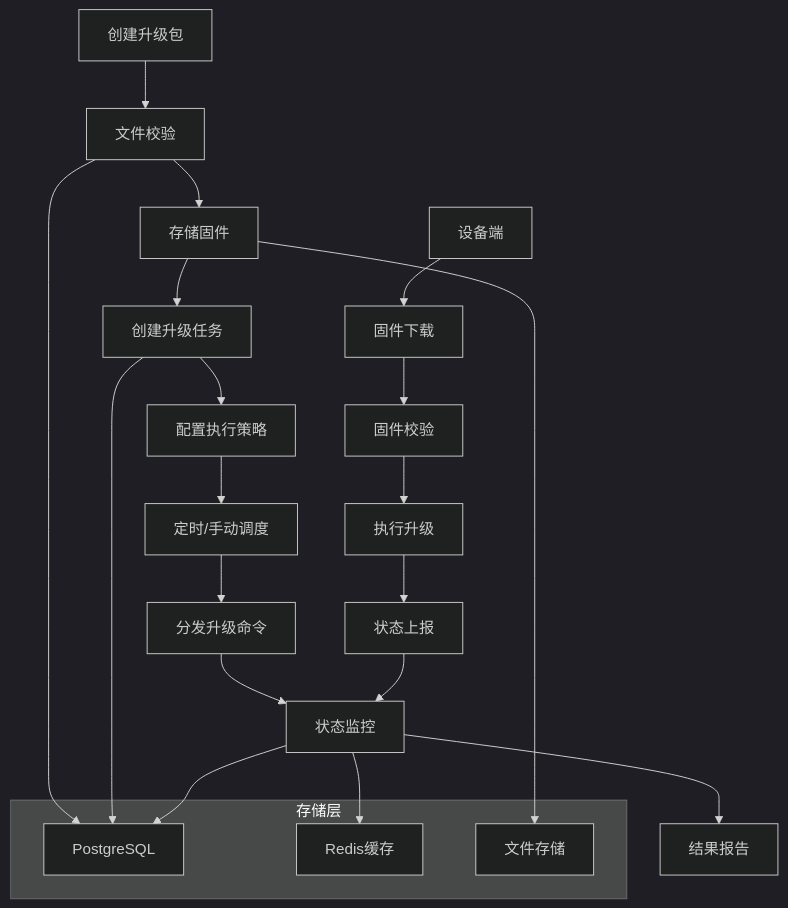
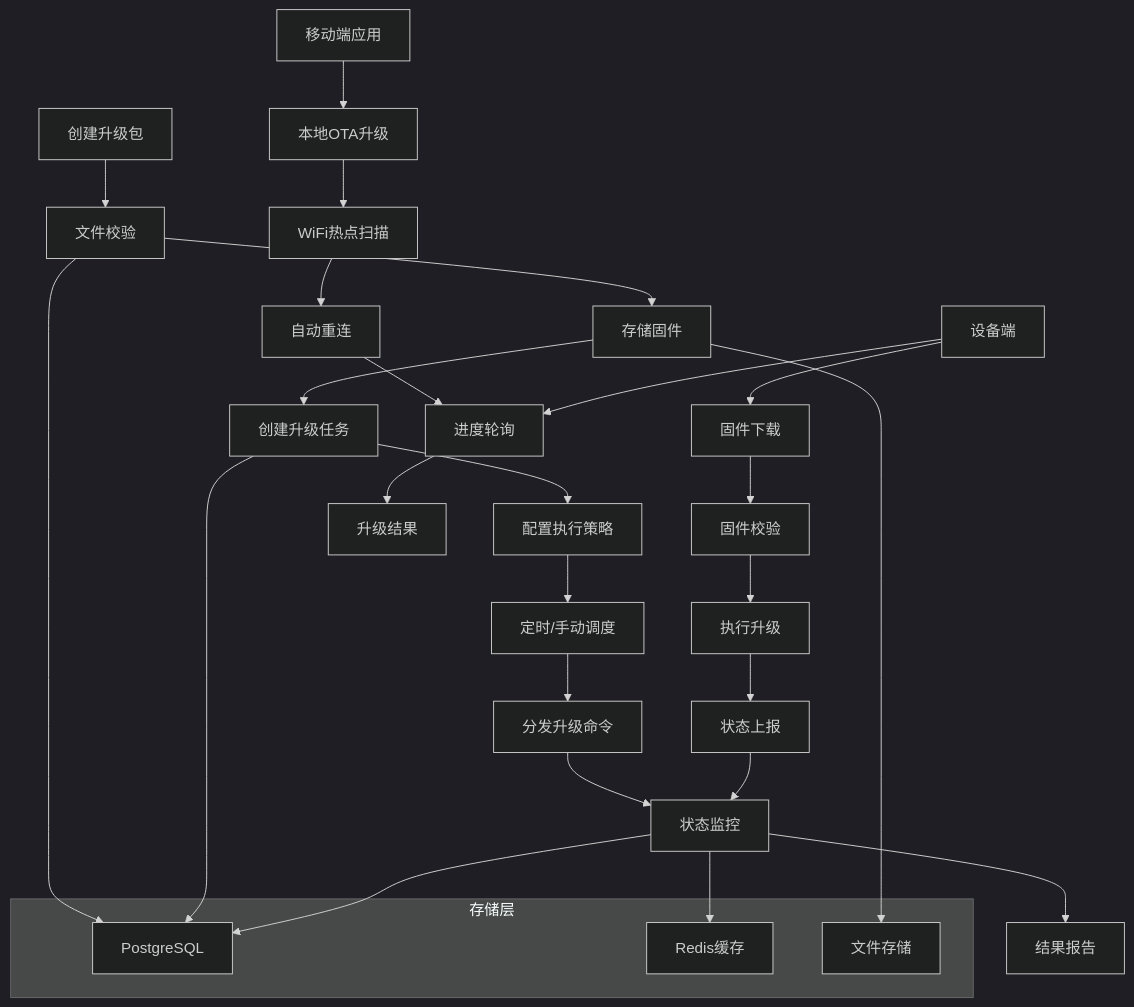
One commit to mcmrzy/cs_inv_monitor-develop changed the sixth of 14 diagrams in .qoder/repowiki/zh/content/OTA升级系统/OTA升级系统.md. Above: the diagram before and after it, drawn with Mermaid (dark theme). The commit also changed other lines of this file and 88 other files, not shown here.

````diff
--- a/.qoder/repowiki/zh/content/OTA升级系统/OTA升级系统.md
+++ b/.qoder/repowiki/zh/content/OTA升级系统/OTA升级系统.md
@@ -286,26 +308,32 @@
 ```mermaid
 flowchart TD
 CreatePackage[创建升级包] --> Validate[文件校验]
 Validate --> Store[存储固件]
 Store --> CreateTask[创建升级任务]
 CreateTask --> Configure[配置执行策略]
 Configure --> Schedule[定时/手动调度]
 Schedule --> Distribute[分发升级命令]
 Distribute --> Monitor[状态监控]
 Monitor --> Report[结果报告]
 Device[设备端] --> Download[固件下载]
 Download --> Verify[固件校验]
 Verify --> Upgrade[执行升级]
 Upgrade --> Status[状态上报]
 Status --> Monitor
+Mobile[移动端应用] --> LocalOTA[本地OTA升级]
+LocalOTA --> WiFiScan[WiFi热点扫描]
+WiFiScan --> Reconnect[自动重连]
+Reconnect --> ProgressPoll[进度轮询]
+ProgressPoll --> Result[升级结果]
+Device --> ProgressPoll
 subgraph "存储层"
 Postgres[PostgreSQL]
 Redis[Redis缓存]
 FileStorage[文件存储]
 end
 Validate --> Postgres
 CreateTask --> Postgres
 Monitor --> Postgres
 Store --> FileStorage
 Monitor --> Redis
 ```
````
